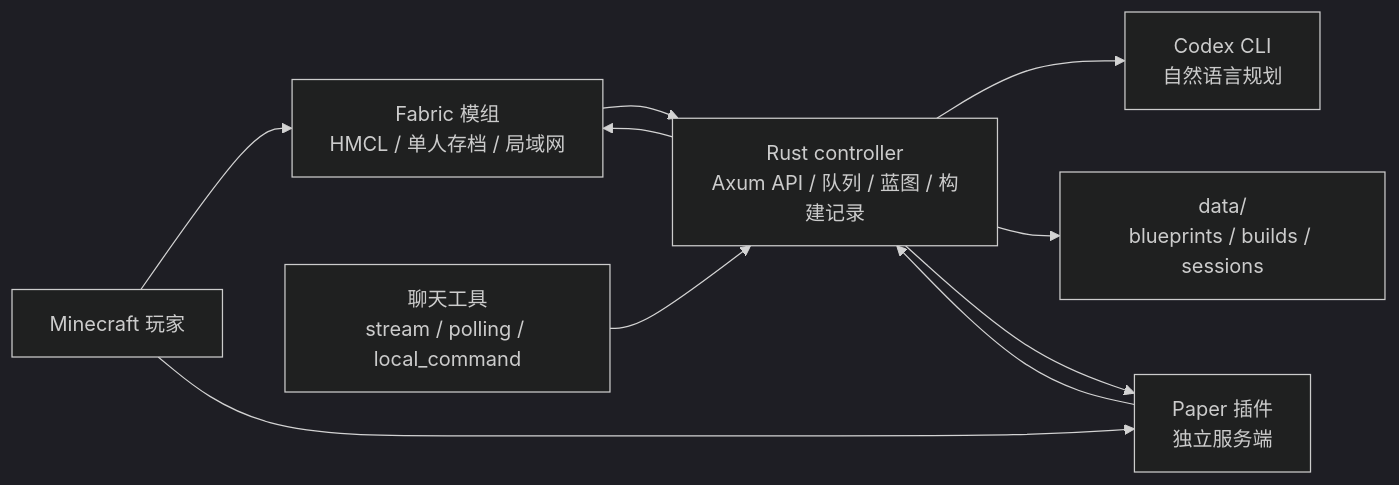
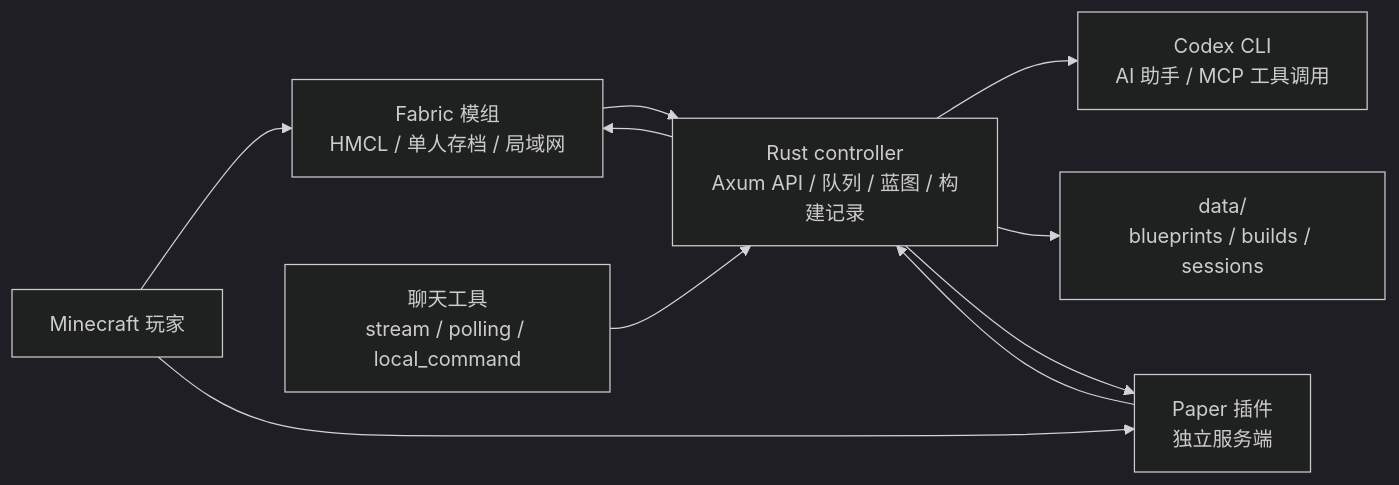
Before and after one commit to mari0w/blockwright: the diagram in README.md, drawn with Mermaid (dark theme). The commit also changed other lines of this file and 43 other files, not shown here.

````diff
--- a/README.md
+++ b/README.md
@@ -36,12 +36,12 @@
 ```mermaid
 flowchart LR
     Player["Minecraft 玩家"] --> Fabric["Fabric 模组<br/>HMCL / 单人存档 / 局域网"]
     Player --> Paper["Paper 插件<br/>独立服务端"]
     Bot["聊天工具<br/>stream / polling / local_command"] --> Controller["Rust controller<br/>Axum API / 队列 / 蓝图 / 构建记录"]
     Fabric --> Controller
     Paper --> Controller
-    Controller --> Codex["Codex CLI<br/>自然语言规划"]
+    Controller --> Codex["Codex CLI<br/>AI 助手 / MCP 工具调用"]
     Controller --> Storage["data/<br/>blueprints / builds / sessions"]
     Controller --> Fabric
     Controller --> Paper
 ```
````
